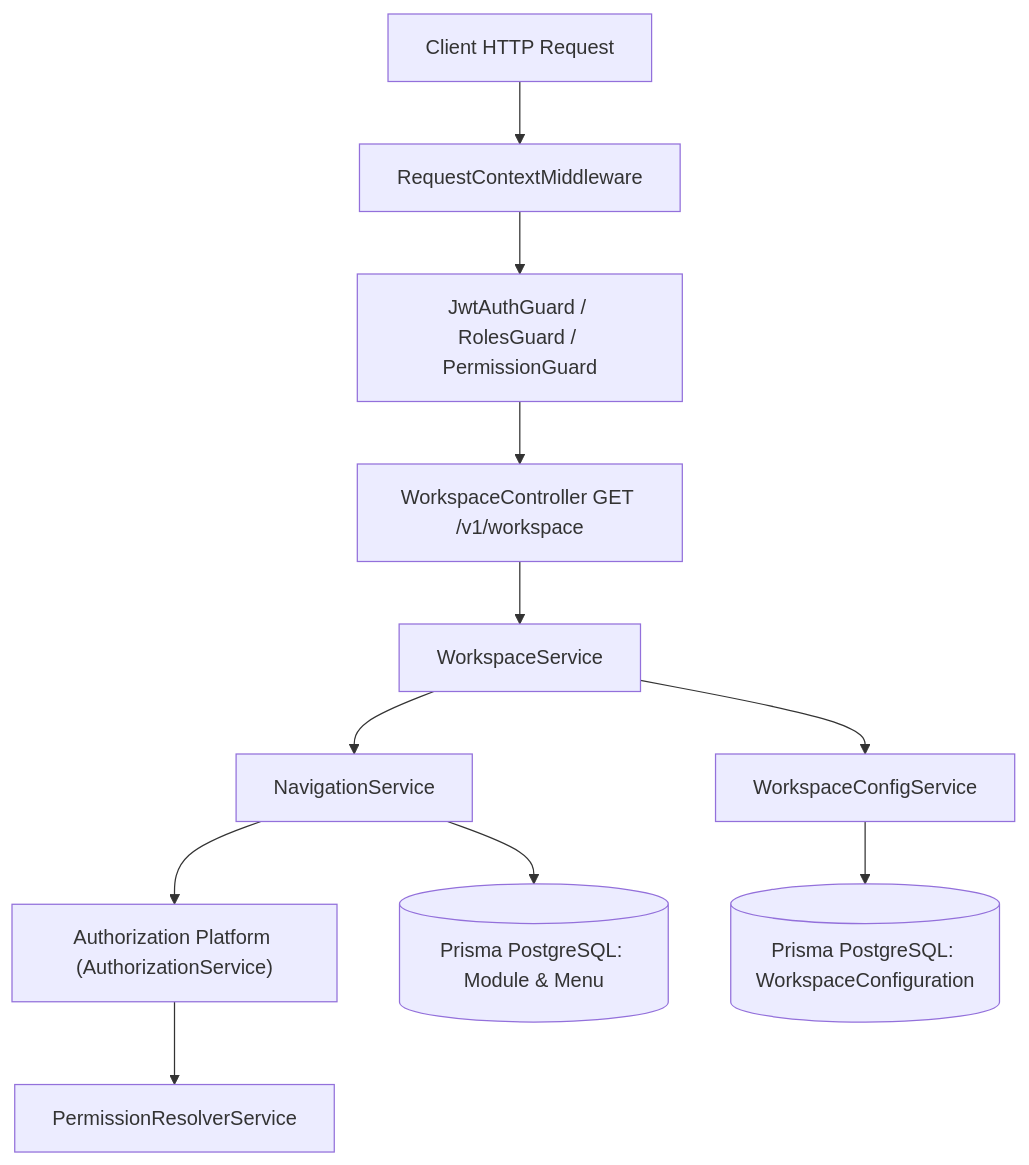
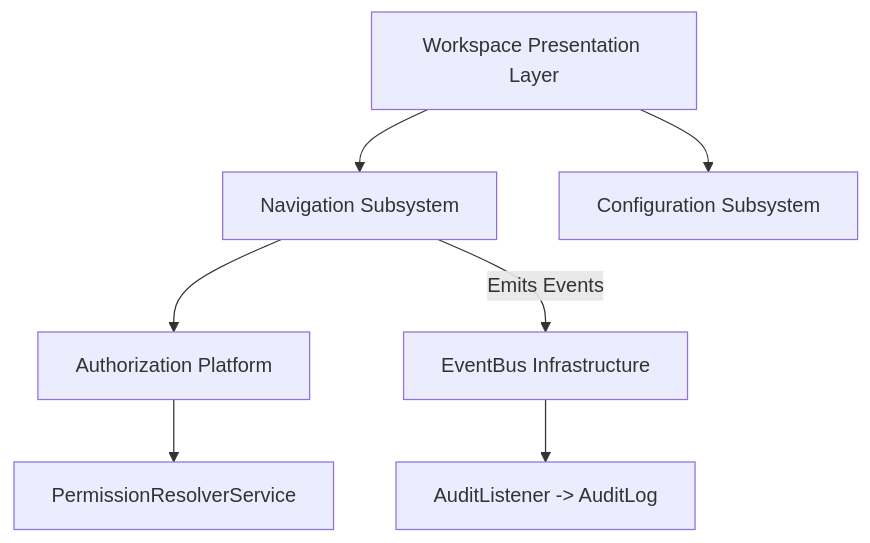
One commit to Anandupy/smartERP changed the diagram in backend/docs/core/workspace.md. Above: the diagram before and after it, drawn with Mermaid. The commit also changed other lines of this file and 4 other files, not shown here.

Commit message:
docs(workspace): add detailed core documentation for workspace, navigation, module, and configuration

````diff
--- a/backend/docs/core/workspace.md
+++ b/backend/docs/core/workspace.md
@@ -11,16 +25,10 @@
 ```mermaid
 flowchart TD
-    Client[Client HTTP Request] --> ReqCtx[RequestContextMiddleware]
-    ReqCtx --> AuthGuard[JwtAuthGuard / RolesGuard / PermissionGuard]
-    AuthGuard --> WorkspaceCtrl[WorkspaceController GET /v1/workspace]
-    WorkspaceCtrl --> WorkspaceSvc[WorkspaceService]
+    Workspace[Workspace Presentation Layer] --> Nav[Navigation Subsystem]
+    Workspace --> Config[Configuration Subsystem]
+    Nav --> Auth[Authorization Platform]
+    Auth --> PermResolver[PermissionResolverService]
     
-    WorkspaceSvc --> NavSvc[NavigationService]
-    WorkspaceSvc --> ConfigSvc[WorkspaceConfigService]
-    
-    NavSvc --> AuthPlatform["Authorization Platform (AuthorizationService)"]
-    AuthPlatform --> PermResolver[PermissionResolverService]
-    
-    NavSvc --> DB[(Prisma PostgreSQL: Module & Menu)]
-    ConfigSvc --> DBConfig[(Prisma PostgreSQL: WorkspaceConfiguration)]
+    Nav -- Emits Events --> EventBus[EventBus Infrastructure]
+    EventBus --> AuditListener[AuditListener -> AuditLog]
 ```
````
